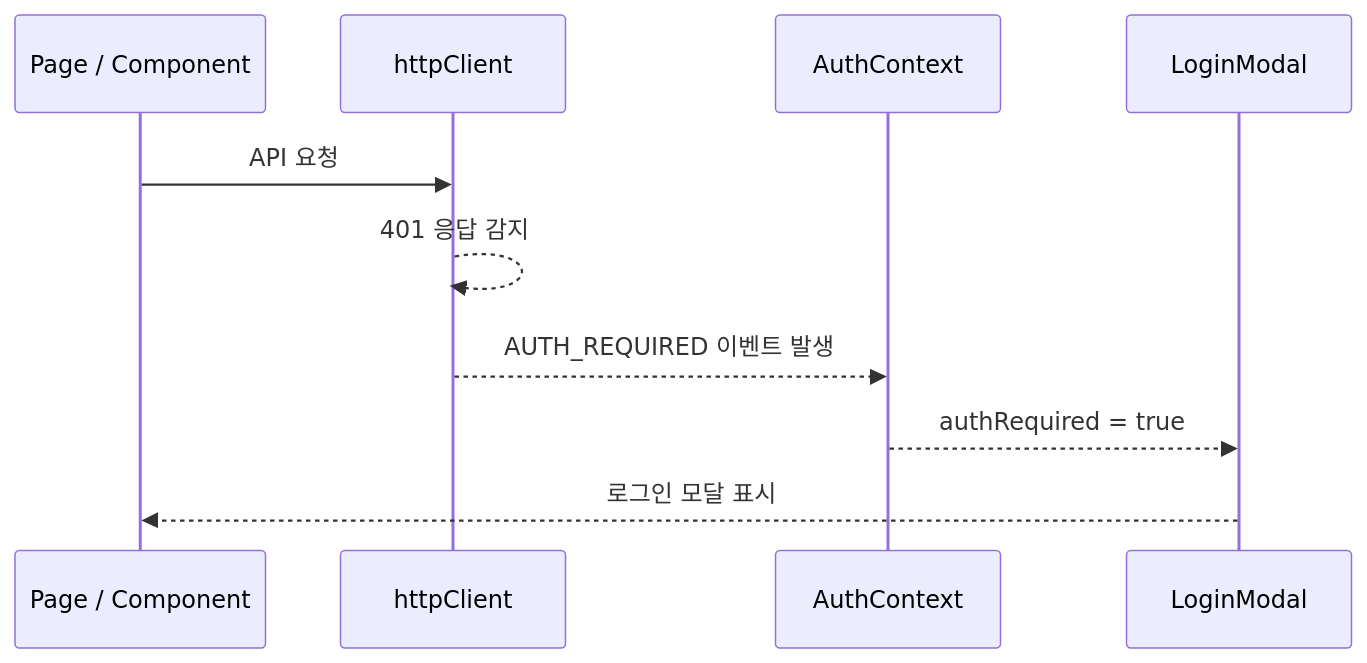
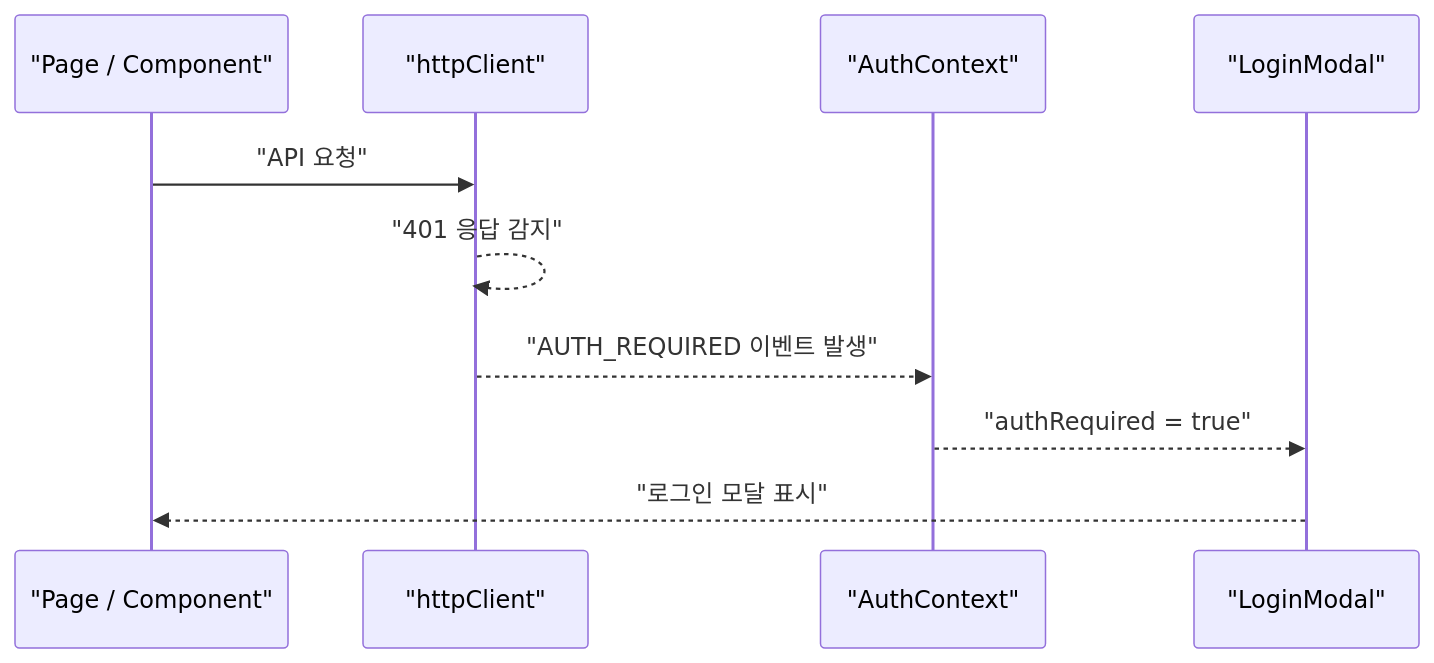
One commit to Economy0326/shopping-frontend changed the second of 4 diagrams in README.md. Above: the diagram before and after it, drawn with Mermaid. The commit also changed other lines of this file, not shown here.

Commit message:
docs: fix Mermaid diagram syntax in README

````diff
--- a/README.md
+++ b/README.md
@@ -217,13 +217,13 @@
 ```mermaid
 sequenceDiagram
-  participant UI as Page / Component
-  participant API as httpClient
-  participant Auth as AuthContext
-  participant Modal as LoginModal
+  participant UI as "Page / Component"
+  participant API as "httpClient"
+  participant Auth as "AuthContext"
+  participant Modal as "LoginModal"
 
-  UI->>API: API 요청
-  API-->>API: 401 응답 감지
-  API-->>Auth: AUTH_REQUIRED 이벤트 발생
-  Auth-->>Modal: authRequired = true
-  Modal-->>UI: 로그인 모달 표시
+  UI->>API: "API 요청"
+  API-->>API: "401 응답 감지"
+  API-->>Auth: "AUTH_REQUIRED 이벤트 발생"
+  Auth-->>Modal: "authRequired = true"
+  Modal-->>UI: "로그인 모달 표시"
 ```
````
